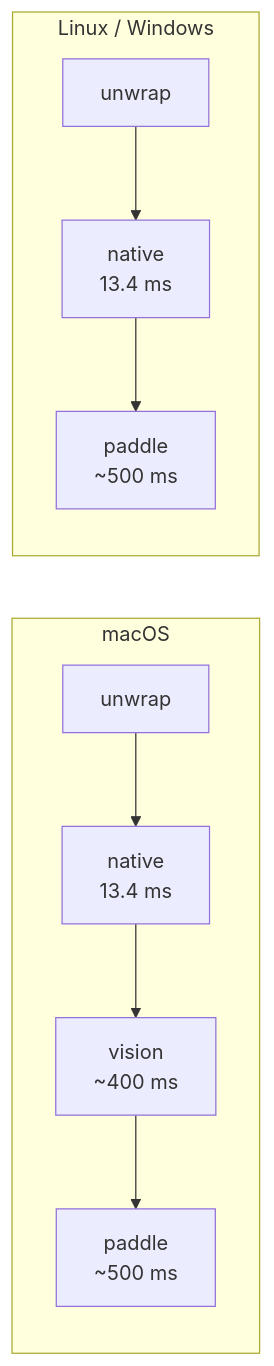
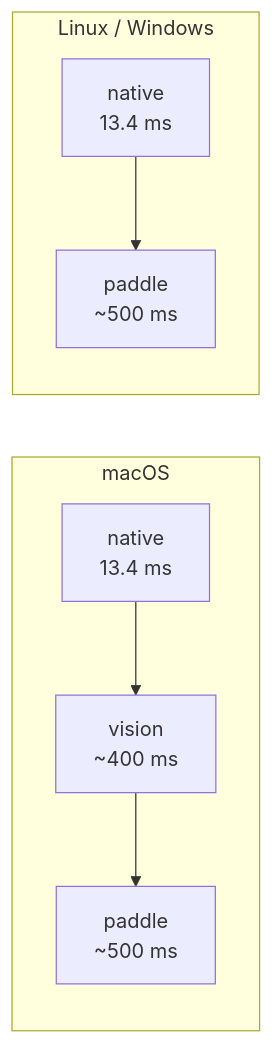
Before and after one commit to liafacom/AutosXtract: the second of 2 diagrams in docs/architecture.md, drawn with Mermaid. The commit also changed other lines of this file and 78 other files, not shown here.

````diff
--- a/docs/architecture.md
+++ b/docs/architecture.md
@@ -62,9 +62,9 @@
 ```mermaid
 flowchart LR
     subgraph macOS
-        A0["unwrap"] --> A1["native<br/>13.4 ms"] --> A2["vision<br/>~400 ms"] --> A3["paddle<br/>~500 ms"]
+        A1["native<br/>13.4 ms"] --> A2["vision<br/>~400 ms"] --> A3["paddle<br/>~500 ms"]
     end
     subgraph Linux / Windows
-        B0["unwrap"] --> B1["native<br/>13.4 ms"] --> B2["paddle<br/>~500 ms"]
+        B1["native<br/>13.4 ms"] --> B2["paddle<br/>~500 ms"]
     end
 ```
````
